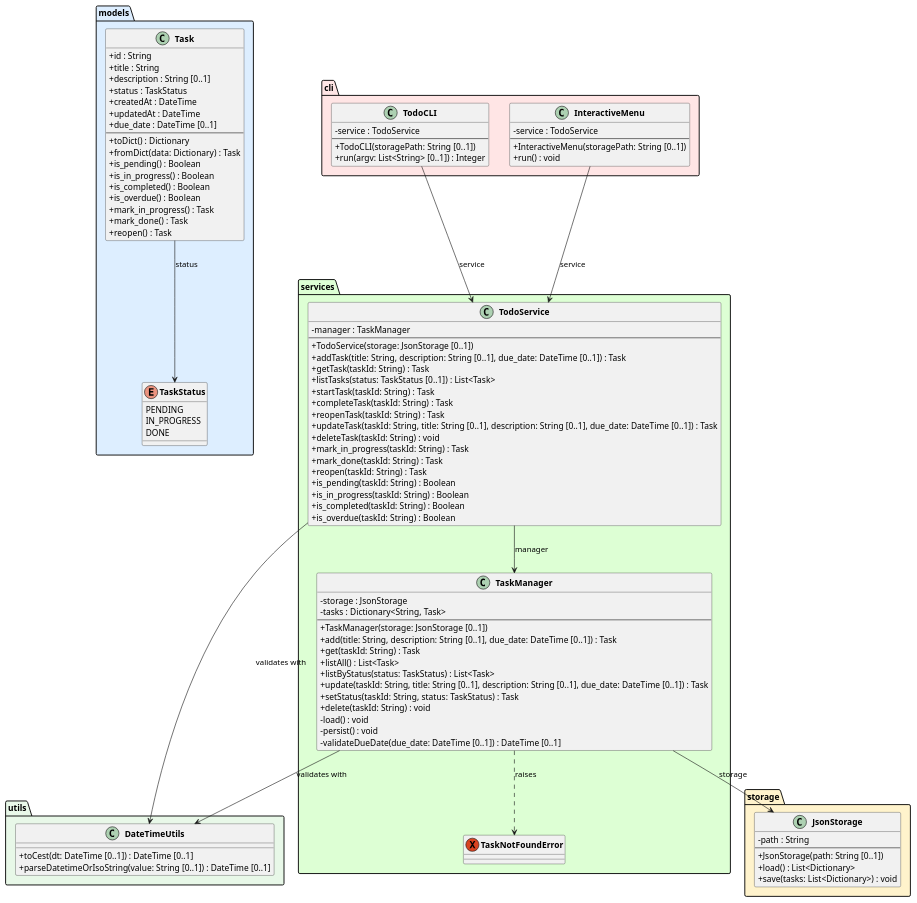
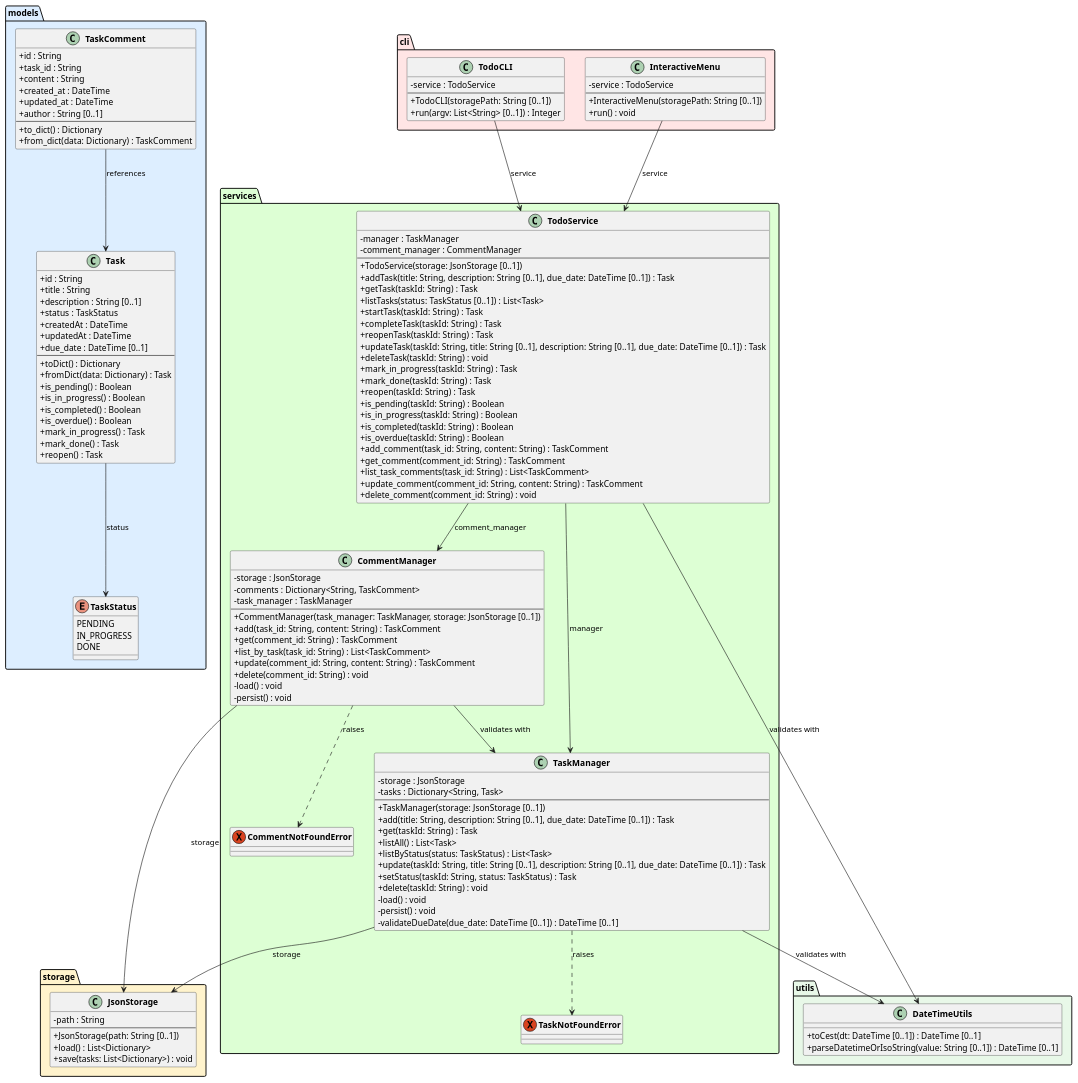
Before and after one commit to DanielRiha8906/Software_autoevolution_using_agents: the diagram in experiments/supervisor_as_tools/user_stories/TODO/artifacts/class_diagram.puml, drawn with PlantUML. The commit also changed 15 other files, not shown here.

First line of the commit message:
task 03 | implement task comments

```diff
--- a/experiments/supervisor_as_tools/user_stories/TODO/artifacts/class_diagram.puml
+++ b/experiments/supervisor_as_tools/user_stories/TODO/artifacts/class_diagram.puml
@@ -1,118 +1,157 @@
 @startuml class_diagram
 
 skinparam classAttributeIconSize 0
 skinparam classFontStyle bold
 
 package "models" #DDEEFF {
     enum TaskStatus {
         PENDING
         IN_PROGRESS
         DONE
     }
 
     class Task {
         +id : String
         +title : String
         +description : String [0..1]
         +status : TaskStatus
         +createdAt : DateTime
         +updatedAt : DateTime
         +due_date : DateTime [0..1]
         --
         +toDict() : Dictionary
         +fromDict(data: Dictionary) : Task
         +is_pending() : Boolean
         +is_in_progress() : Boolean
         +is_completed() : Boolean
         +is_overdue() : Boolean
         +mark_in_progress() : Task
         +mark_done() : Task
         +reopen() : Task
     }
+
+    class TaskComment {
+        +id : String
+        +task_id : String
+        +content : String
+        +created_at : DateTime
+        +updated_at : DateTime
+        +author : String [0..1]
+        --
+        +to_dict() : Dictionary
+        +from_dict(data: Dictionary) : TaskComment
+    }
 }
 
 package "utils" #E8F8E8 {
     class DateTimeUtils {
         +toCest(dt: DateTime [0..1]) : DateTime [0..1]
         +parseDatetimeOrIsoString(value: String [0..1]) : DateTime [0..1]
     }
 }
 
 package "storage" #FFF3CC {
     class JsonStorage {
         -path : String
         --
         +JsonStorage(path: String [0..1])
         +load() : List<Dictionary>
         +save(tasks: List<Dictionary>) : void
     }
 }
 
 package "services" #DDFFD4 {
     exception TaskNotFoundError
+    exception CommentNotFoundError
 
     class TaskManager {
         -storage : JsonStorage
         -tasks : Dictionary<String, Task>
         --
         +TaskManager(storage: JsonStorage [0..1])
         +add(title: String, description: String [0..1], due_date: DateTime [0..1]) : Task
         +get(taskId: String) : Task
         +listAll() : List<Task>
         +listByStatus(status: TaskStatus) : List<Task>
         +update(taskId: String, title: String [0..1], description: String [0..1], due_date: DateTime [0..1]) : Task
         +setStatus(taskId: String, status: TaskStatus) : Task
         +delete(taskId: String) : void
         -load() : void
         -persist() : void
         -validateDueDate(due_date: DateTime [0..1]) : DateTime [0..1]
     }
 
+    class CommentManager {
+        -storage : JsonStorage
+        -comments : Dictionary<String, TaskComment>
+        -task_manager : TaskManager
+        --
+        +CommentManager(task_manager: TaskManager, storage: JsonStorage [0..1])
+        +add(task_id: String, content: String) : TaskComment
+        +get(comment_id: String) : TaskComment
+        +list_by_task(task_id: String) : List<TaskComment>
+        +update(comment_id: String, content: String) : TaskComment
+        +delete(comment_id: String) : void
+        -load() : void
+        -persist() : void
+    }
+
     class TodoService {
         -manager : TaskManager
+        -comment_manager : CommentManager
         --
         +TodoService(storage: JsonStorage [0..1])
         +addTask(title: String, description: String [0..1], due_date: DateTime [0..1]) : Task
         +getTask(taskId: String) : Task
         +listTasks(status: TaskStatus [0..1]) : List<Task>
         +startTask(taskId: String) : Task
         +completeTask(taskId: String) : Task
         +reopenTask(taskId: String) : Task
         +updateTask(taskId: String, title: String [0..1], description: String [0..1], due_date: DateTime [0..1]) : Task
         +deleteTask(taskId: String) : void
         +mark_in_progress(taskId: String) : Task
         +mark_done(taskId: String) : Task
         +reopen(taskId: String) : Task
         +is_pending(taskId: String) : Boolean
         +is_in_progress(taskId: String) : Boolean
         +is_completed(taskId: String) : Boolean
         +is_overdue(taskId: String) : Boolean
+        +add_comment(task_id: String, content: String) : TaskComment
+        +get_comment(comment_id: String) : TaskComment
+        +list_task_comments(task_id: String) : List<TaskComment>
+        +update_comment(comment_id: String, content: String) : TaskComment
+        +delete_comment(comment_id: String) : void
     }
 }
 
 package "cli" #FFE5E5 {
     class TodoCLI {
         -service : TodoService
         --
         +TodoCLI(storagePath: String [0..1])
         +run(argv: List<String> [0..1]) : Integer
     }
 
     class InteractiveMenu {
         -service : TodoService
         --
         +InteractiveMenu(storagePath: String [0..1])
         +run() : void
     }
 }
 
 Task --> TaskStatus : status
+TaskComment --> Task : references
 TaskManager --> JsonStorage : storage
 TaskManager ..> TaskNotFoundError : raises
 TaskManager --> DateTimeUtils : validates with
+CommentManager --> JsonStorage : storage
+CommentManager --> TaskManager : validates with
+CommentManager ..> CommentNotFoundError : raises
 TodoService --> TaskManager : manager
+TodoService --> CommentManager : comment_manager
 TodoService --> DateTimeUtils : validates with
 TodoCLI --> TodoService : service
 InteractiveMenu --> TodoService : service
 
 @enduml
```
